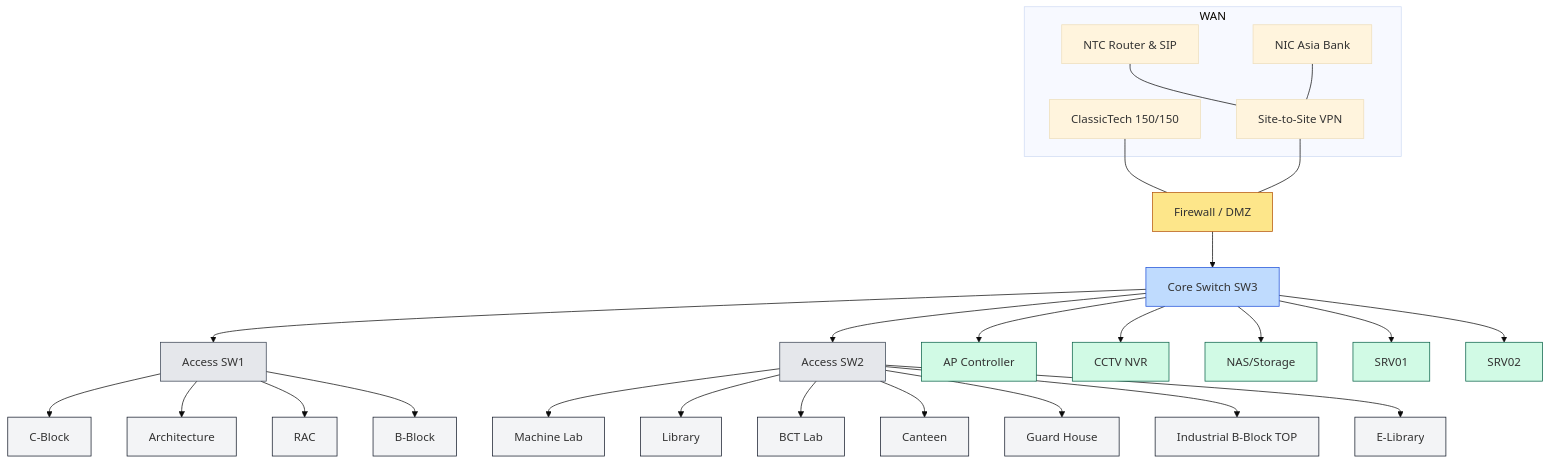
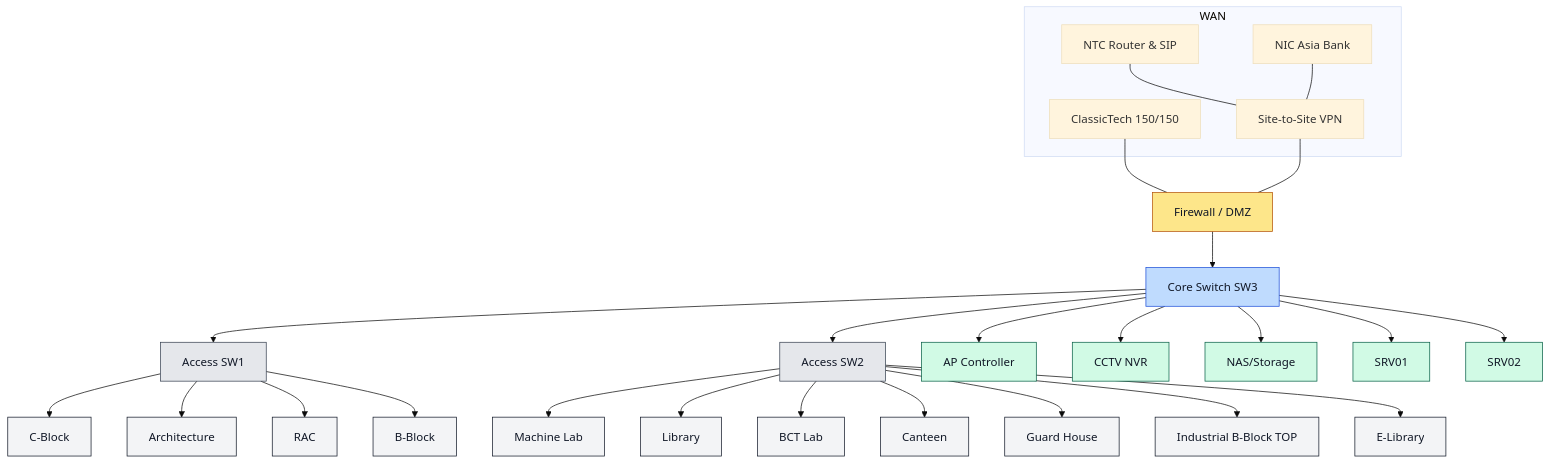
The third of 3 diagrams in profile/README.md (EMISTCIOE/.github), drawn with Mermaid (base theme) before and after one commit. The commit also changed other lines of this file, not shown here.

Commit message:
Add new team member and update class definitions

````diff
--- a/profile/README.md
+++ b/profile/README.md
@@ -120,52 +121,52 @@
 ```mermaid
 graph TB
     subgraph WAN
         ISP[ClassicTech 150/150]
         VPN[Site-to-Site VPN]
         NTC[NTC Router & SIP]
         BANK[NIC Asia Bank]
     end
 
     FW[Firewall / DMZ]:::dmz
     CORE[Core Switch SW3]:::core
     SW1[Access SW1]:::access
     SW2[Access SW2]:::access
     APC[AP Controller]:::svc
     NVR[CCTV NVR]:::svc
     NAS[NAS/Storage]:::svc
     SRV01[SRV01]:::svc
     SRV02[SRV02]:::svc
 
     ISP --- FW
     VPN --- FW
     NTC --- VPN
     BANK --- VPN
 
     FW --> CORE
     CORE --> SW1
     CORE --> SW2
     CORE --> APC
     CORE --> NVR
     CORE --> NAS
     CORE --> SRV01
     CORE --> SRV02
 
     %% Building Uplinks (1 Gbps)
     SW1 --> CBlock[C-Block]:::bldg
     SW1 --> Arch[Architecture]:::bldg
     SW1 --> RAC[RAC]:::bldg
     SW1 --> BBlock[B-Block]:::bldg
     SW2 --> MLab[Machine Lab]:::bldg
     SW2 --> Library[Library]:::bldg
     SW2 --> BCTL[BCT Lab]:::bldg
     SW2 --> Canteen[Canteen]:::bldg
     SW2 --> Guard[Guard House]:::bldg
     SW2 --> Indus[Industrial B-Block TOP]:::bldg
     SW2 --> ELib[E-Library]:::bldg
 
-    classDef dmz fill:#fde68a,stroke:#b45309,stroke-width:1px;
-    classDef core fill:#bfdbfe,stroke:#1d4ed8,stroke-width:1px;
-    classDef access fill:#e5e7eb,stroke:#374151,stroke-width:1px;
-    classDef svc fill:#d1fae5,stroke:#065f46,stroke-width:1px;
-    classDef bldg fill:#f3f4f6,stroke:#111827,stroke-width:1px;
+    classDef dmz fill:#fde68a,stroke:#b45309,stroke-width:1px,color:#111827;
+    classDef core fill:#bfdbfe,stroke:#1d4ed8,stroke-width:1px,color:#111827;
+    classDef access fill:#e5e7eb,stroke:#374151,stroke-width:1px,color:#111827;
+    classDef svc fill:#d1fae5,stroke:#065f46,stroke-width:1px,color:#111827;
+    classDef bldg fill:#f3f4f6,stroke:#111827,stroke-width:1px,color:#111827;
 ```
````
